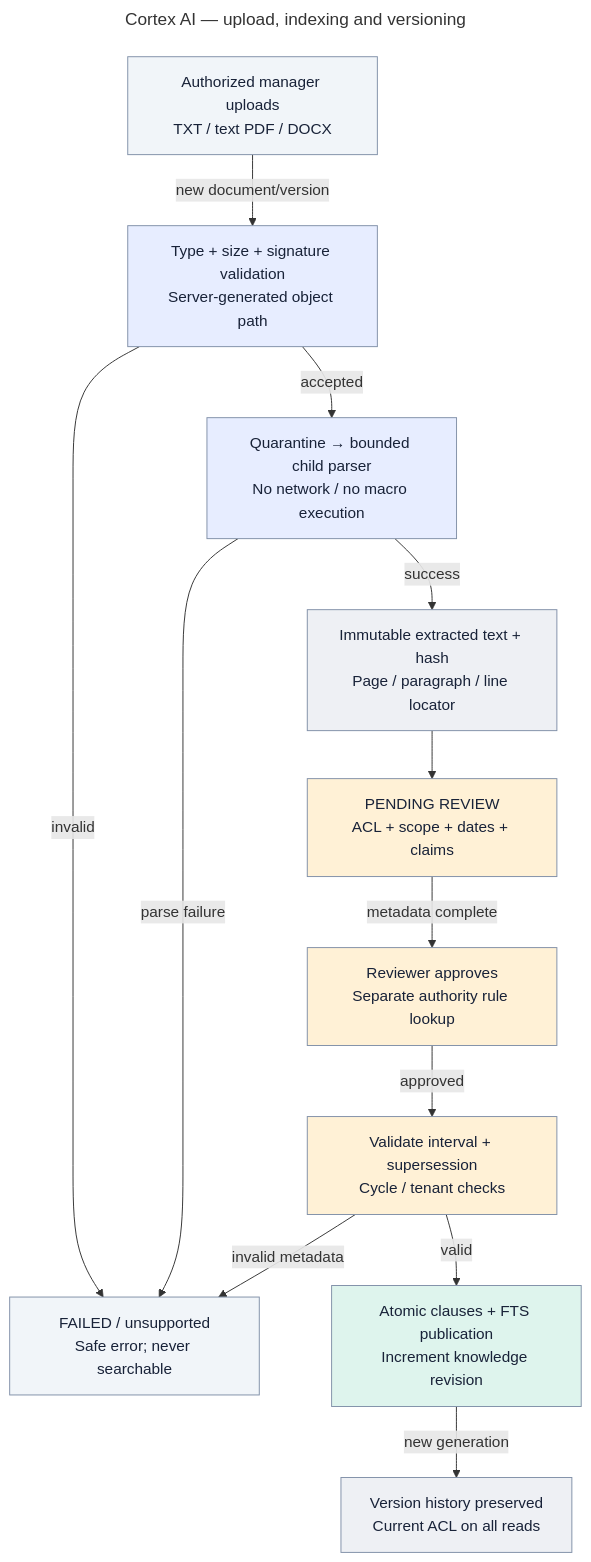
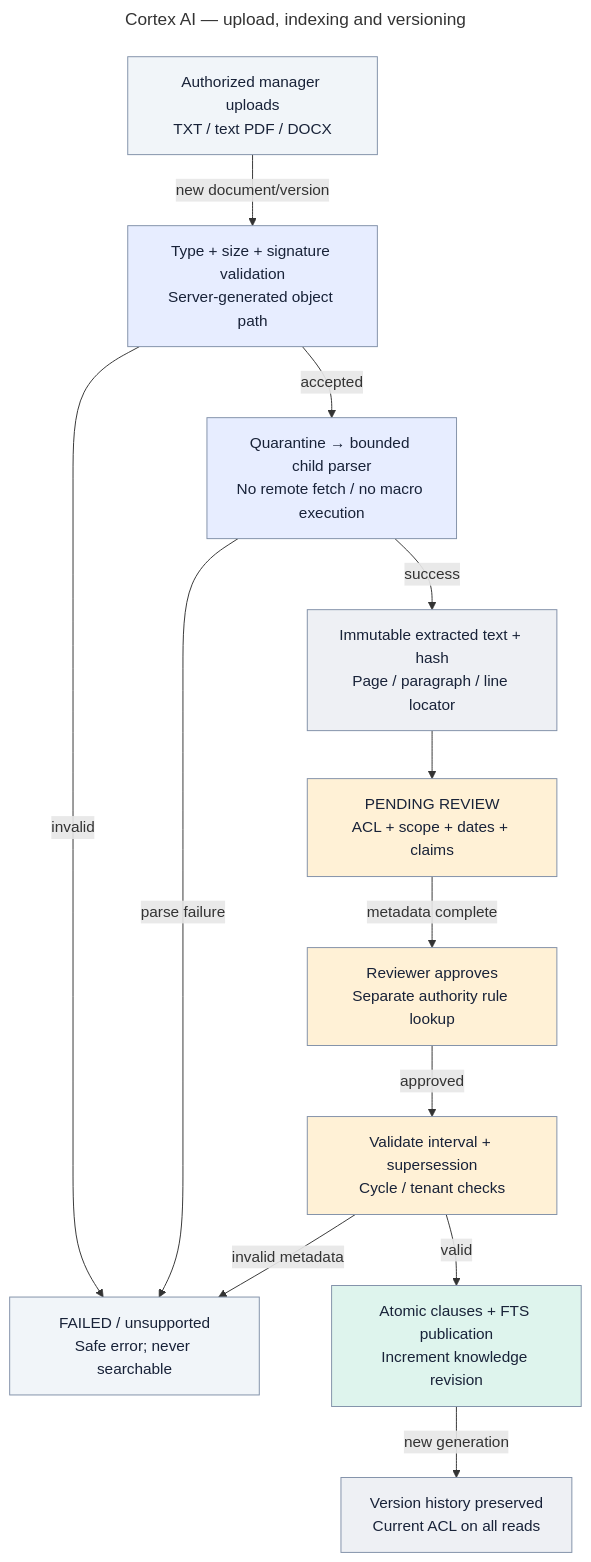
One commit to NoirPrimordial7/cortex-ai changed the diagram in docs/diagrams/06-ingestion.mmd. Above: the diagram before and after it, drawn with Mermaid. The commit also changed 49 other files, not shown here.

```diff
--- a/docs/diagrams/06-ingestion.mmd
+++ b/docs/diagrams/06-ingestion.mmd
@@ -1,30 +1,30 @@
 ---
 title: Cortex AI — upload, indexing and versioning
 ---
 flowchart TB
   up["Authorized manager uploads<br/>TXT / text PDF / DOCX"]:::client
   bounds["Type + size + signature validation<br/>Server-generated object path"]:::app
-  parse["Quarantine → bounded child parser<br/>No network / no macro execution"]:::app
+  parse["Quarantine → bounded child parser<br/>No remote fetch / no macro execution"]:::app
   fail["FAILED / unsupported<br/>Safe error; never searchable"]:::client
   text["Immutable extracted text + hash<br/>Page / paragraph / line locator"]:::store
   review["PENDING REVIEW<br/>ACL + scope + dates + claims"]:::decision
   approval["Reviewer approves<br/>Separate authority rule lookup"]:::decision
   lineage["Validate interval + supersession<br/>Cycle / tenant checks"]:::decision
   pub["Atomic clauses + FTS publication<br/>Increment knowledge revision"]:::evidence
   history["Version history preserved<br/>Current ACL on all reads"]:::store
   up -->|"new document/version"| bounds
   bounds -->|"accepted"| parse
   bounds -->|"invalid"| fail
   parse -->|"parse failure"| fail
   parse -->|"success"| text
   text --> review
   review -->|"metadata complete"| approval
   approval -->|"approved"| lineage
   lineage -->|"valid"| pub
   lineage -->|"invalid metadata"| fail
   pub -->|"new generation"| history
   classDef client fill:#f1f5f9,stroke:#8190a8,color:#182238
   classDef app fill:#e7edff,stroke:#8190a8,color:#182238
   classDef evidence fill:#def4ed,stroke:#8190a8,color:#182238
   classDef decision fill:#fff1d6,stroke:#8190a8,color:#182238
   classDef store fill:#eef0f4,stroke:#8190a8,color:#182238
```
